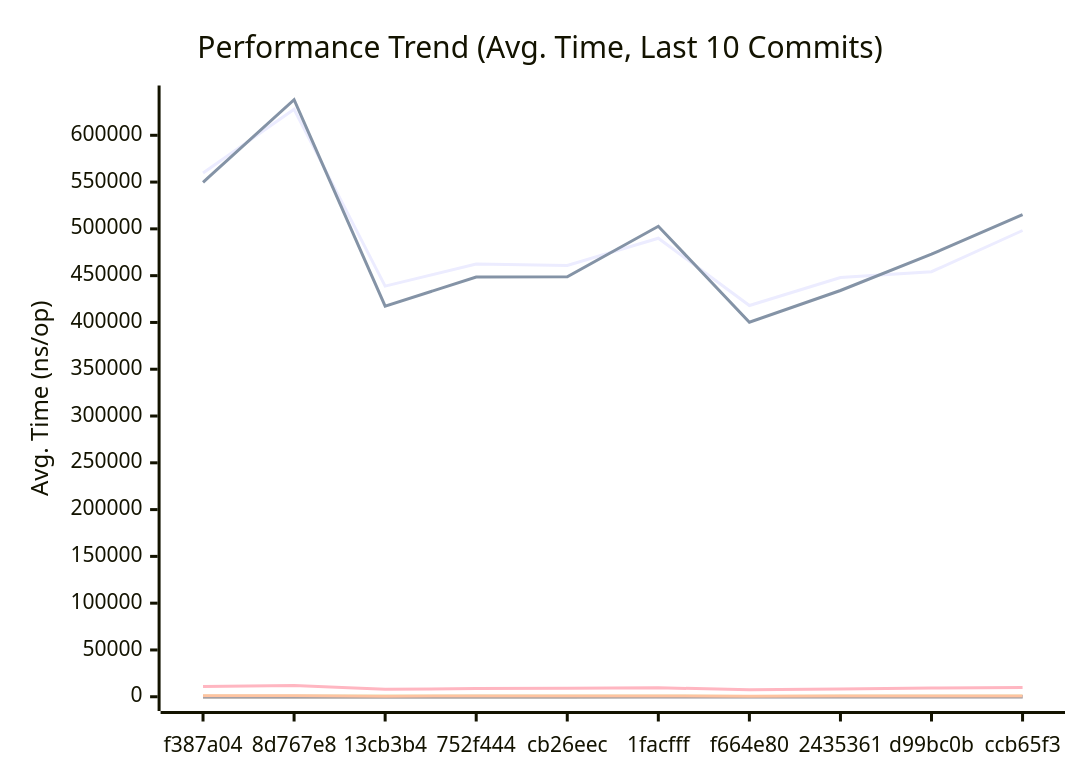
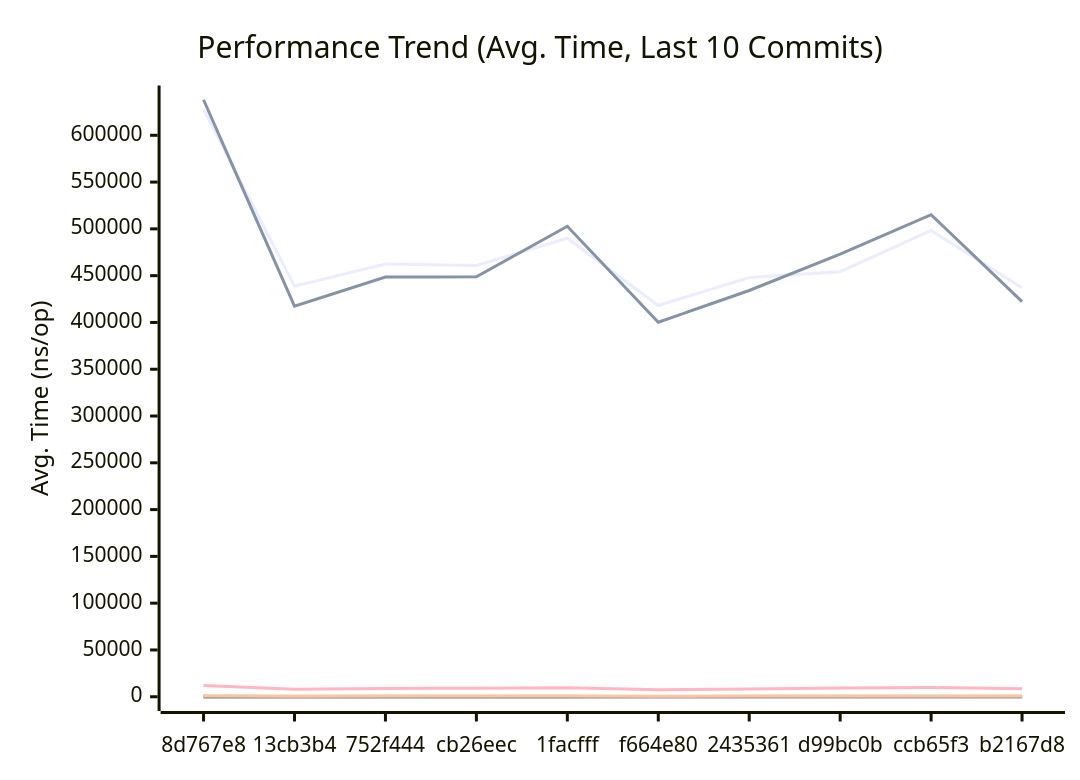
The first of 3 diagrams in docs/PERFORMANCE.md (alsotoes/momo), drawn with Mermaid before and after one commit. The commit also changed other lines of this file and 4 other files, not shown here.

````diff
--- a/docs/PERFORMANCE.md
+++ b/docs/PERFORMANCE.md
@@ -145,20 +145,20 @@
 ```mermaid
 xychart-beta
     title "Performance Trend (Avg. Time, Last 10 Commits)"
     x-axis "Commit"
     y-axis "Avg. Time (ns/op)"
-    x-axis [f387a04,8d767e8,13cb3b4,752f444,cb26eec,1facfff,f664e80,2435361,d99bc0b,ccb65f3]
-    line "AWSChunkedReaderSigned" [559620,627798,438813,462513,460953,489981,418132,447933,454201,498260]
-    line "AWSChunkedReaderUnsigned" [549790,637979,417363,448517,448767,502752,400163,434167,472936,515178]
-    line "CheckMetricsAndSwap" [10,10,8,9,9,10,7,8,11,10]
-    line "CrushOptimized" [417,536,370,424,329,313,300,360,327,392]
-    line "CrushOriginal" [558,630,460,605,462,474,395,414,473,508]
+    x-axis [8d767e8,13cb3b4,752f444,cb26eec,1facfff,f664e80,2435361,d99bc0b,ccb65f3,b2167d8]
+    line "AWSChunkedReaderSigned" [627798,438813,462513,460953,489981,418132,447933,454201,498260,437140]
+    line "AWSChunkedReaderUnsigned" [637979,417363,448517,448767,502752,400163,434167,472936,515178,422333]
+    line "CheckMetricsAndSwap" [10,8,9,9,10,7,8,11,10,8]
+    line "CrushOptimized" [536,370,424,329,313,300,360,327,392,318]
+    line "CrushOriginal" [630,460,605,462,474,395,414,473,508,433]
     line "IndexDirectTracking" [0,0,0,0,0,0,0,0,0,0]
     line "IndexSearch" [3,3,3,3,3,3,3,3,3,3]
-    line "LoadGlobalConfig" [10867,11980,7965,8740,9209,9546,7608,8267,9369,9892]
-    line "PadString" [56,63,39,42,51,49,39,40,55,47]
+    line "LoadGlobalConfig" [11980,7965,8740,9209,9546,7608,8267,9369,9892,8516]
+    line "PadString" [63,39,42,51,49,39,40,55,47,40]
     line "ParseReplicationOrder_NoPrealloc" [350,349,357,354,345,225,229,165,232,234]
     line "ParseReplicationOrder_Prealloc" [229,231,237,234,229,108,107,80,110,109]
-    line "SanitizeLog/Safe" [255,336,234,225,309,240,224,240,236,244]
-    line "SanitizeLog/Unsafe" [960,1005,654,741,781,861,650,706,809,898]
+    line "SanitizeLog/Safe" [336,234,225,309,240,224,240,236,244,225]
+    line "SanitizeLog/Unsafe" [1005,654,741,781,861,650,706,809,898,695]
 ```
````
